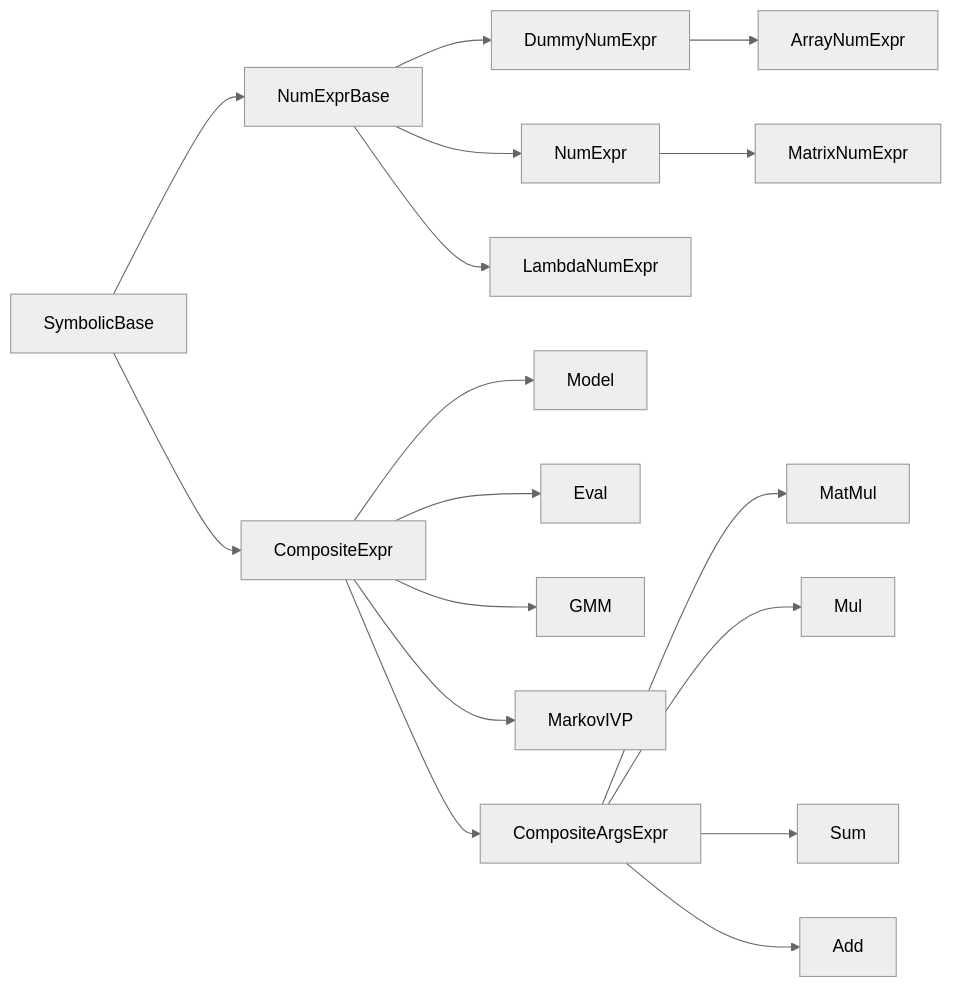
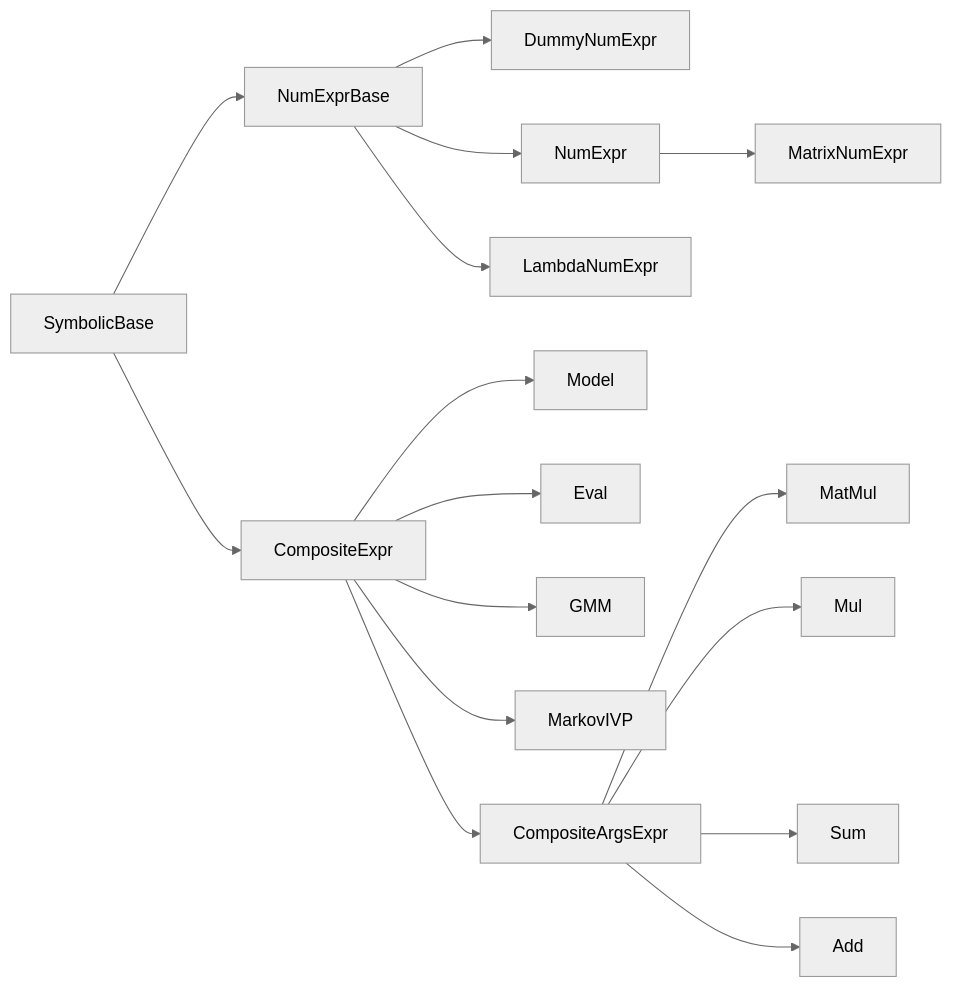
Before and after one commit to Jhsmit/slimfit: the diagram in docs/structure.md, drawn with Mermaid (neutral theme).

````diff
--- a/docs/structure.md
+++ b/docs/structure.md
@@ -5,19 +5,18 @@
 ```mermaid
 graph LR;
 SymbolicBase --> NumExprBase;
 SymbolicBase --> CompositeExpr;
 NumExprBase --> DummyNumExpr;
-DummyNumExpr --> ArrayNumExpr;
 NumExprBase --> NumExpr;
 NumExprBase --> LambdaNumExpr;
 NumExpr --> MatrixNumExpr;
 CompositeExpr --> Model;
 CompositeExpr --> Eval;
 CompositeExpr --> GMM;
 CompositeExpr --> MarkovIVP;
 CompositeExpr --> CompositeArgsExpr;
 CompositeArgsExpr --> MatMul;
 CompositeArgsExpr --> Mul;
 CompositeArgsExpr --> Sum;
 CompositeArgsExpr --> Add;
 ```
````
